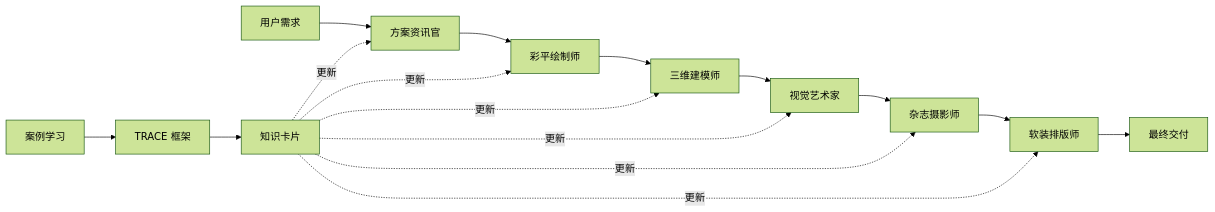
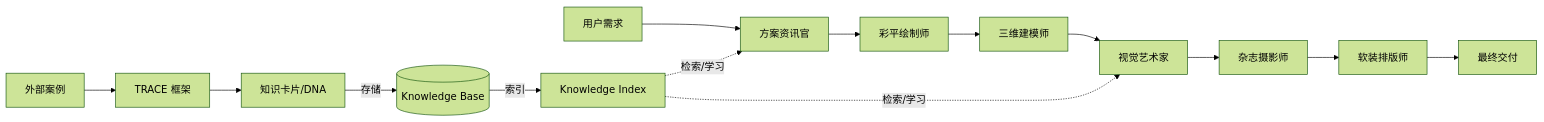
One commit to marsming4032351-star/ai-design-workflow changed the first of 2 diagrams in README.md. Above: the diagram before and after it, drawn with Mermaid (forest theme). The commit also changed other lines of this file and 6 other files, not shown here.

````diff
--- a/README.md
+++ b/README.md
@@ -103,19 +104,17 @@
 ```mermaid
 graph LR
     A[用户需求] --> B[方案资讯官]
     B --> C[彩平绘制师]
     C --> D[三维建模师]
     D --> E[视觉艺术家]
     E --> F[杂志摄影师]
     F --> G[软装排版师]
     G --> H[最终交付]
     
-    I[案例学习] --> J[TRACE 框架]
-    J --> K[知识卡片]
-    K -.更新.-> B
-    K -.更新.-> C
-    K -.更新.-> D
-    K -.更新.-> E
-    K -.更新.-> F
-    K -.更新.-> G
+    I[外部案例] --> J[TRACE 框架]
+    J --> K[知识卡片/DNA]
+    K -- 存储 --> L[(Knowledge Base)]
+    L -- 索引 --> M[Knowledge Index]
+    M -. 检索/学习 .-> B
+    M -. 检索/学习 .-> E
 ```
````
